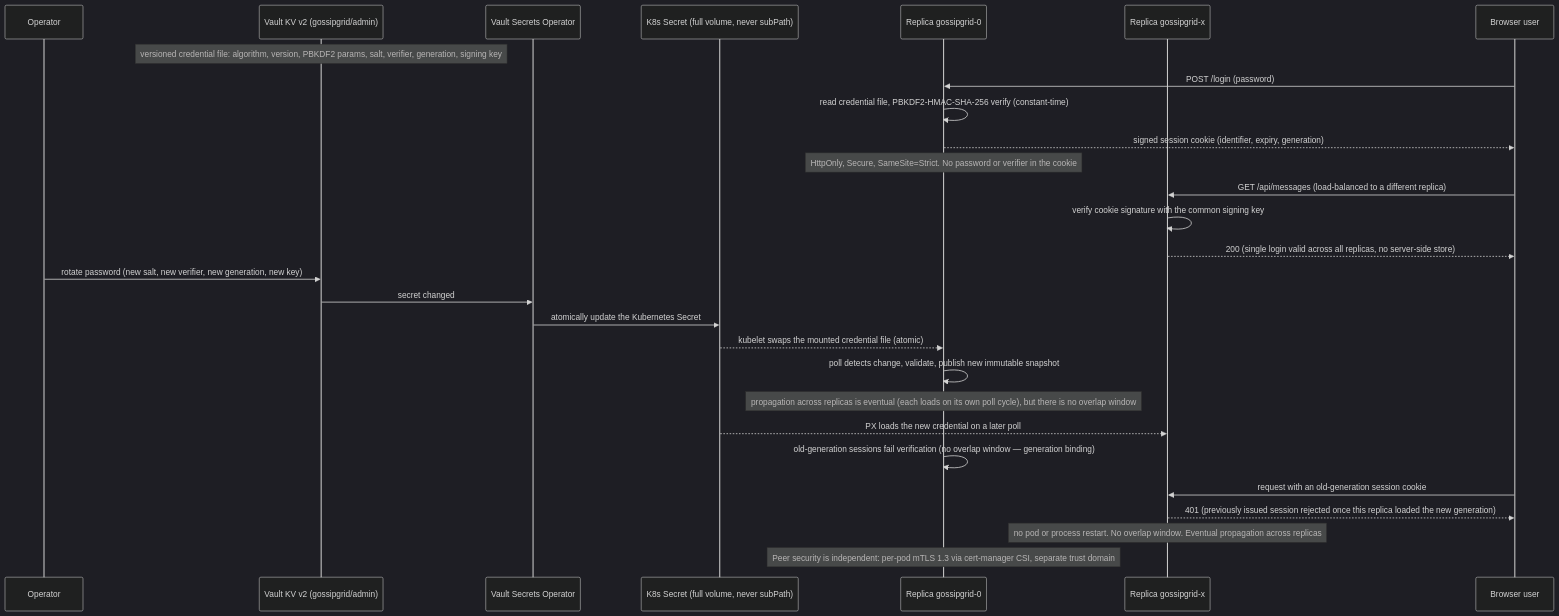
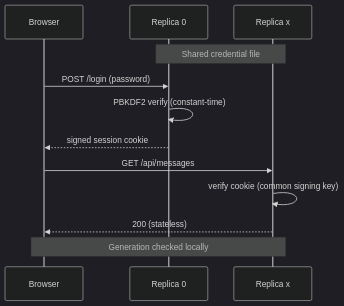
One commit to hirebrianm/gossipgrid changed the diagram in docs/diagrams/security-credentials.mmd. Above: the diagram before and after it, drawn with Mermaid (dark theme). The commit also changed 79 other files, not shown here.

```diff
--- a/docs/diagrams/security-credentials.mmd
+++ b/docs/diagrams/security-credentials.mmd
@@ -1,30 +1,14 @@
 sequenceDiagram
-  participant ADMIN as Operator
-  participant VKV as Vault KV v2 (gossipgrid/admin)
-  participant VSO as Vault Secrets Operator
-  participant SEC as K8s Secret (full volume, never subPath)
-  participant P0 as Replica gossipgrid-0
-  participant PX as Replica gossipgrid-x
-  participant BROWSER as Browser user
+  participant B as Browser
+  participant P0 as Replica 0
+  participant PX as Replica x
 
-  Note over VKV: versioned credential file: algorithm, version, PBKDF2 params, salt, verifier, generation, signing key
-  BROWSER->>P0: POST /login (password)
-  P0->>P0: read credential file, PBKDF2-HMAC-SHA-256 verify (constant-time)
-  P0-->>BROWSER: signed session cookie (identifier, expiry, generation)
-  Note over P0: HttpOnly, Secure, SameSite=Strict. No password or verifier in the cookie
-  BROWSER->>PX: GET /api/messages (load-balanced to a different replica)
-  PX->>PX: verify cookie signature with the common signing key
-  PX-->>BROWSER: 200 (single login valid across all replicas, no server-side store)
+  Note over P0,PX: Shared credential file
+  B->>P0: POST /login (password)
+  P0->>P0: PBKDF2 verify (constant-time)
+  P0-->>B: signed session cookie
+  B->>PX: GET /api/messages
+  PX->>PX: verify cookie (common signing key)
+  PX-->>B: 200 (stateless)
 
-  ADMIN->>VKV: rotate password (new salt, new verifier, new generation, new key)
-  VKV->>VSO: secret changed
-  VSO->>SEC: atomically update the Kubernetes Secret
-  SEC-->>P0: kubelet swaps the mounted credential file (atomic)
-  P0->>P0: poll detects change, validate, publish new immutable snapshot
-  Note over P0: propagation across replicas is eventual (each loads on its own poll cycle), but there is no overlap window
-  SEC-->>PX: PX loads the new credential on a later poll
-  P0->>P0: old-generation sessions fail verification (no overlap window — generation binding)
-  BROWSER->>PX: request with an old-generation session cookie
-  PX-->>BROWSER: 401 (previously issued session rejected once this replica loaded the new generation)
-  Note over PX: no pod or process restart. No overlap window. Eventual propagation across replicas
-  Note over P0: Peer security is independent: per-pod mTLS 1.3 via cert-manager CSI, separate trust domain
+  Note over B,PX: Generation checked locally
```
